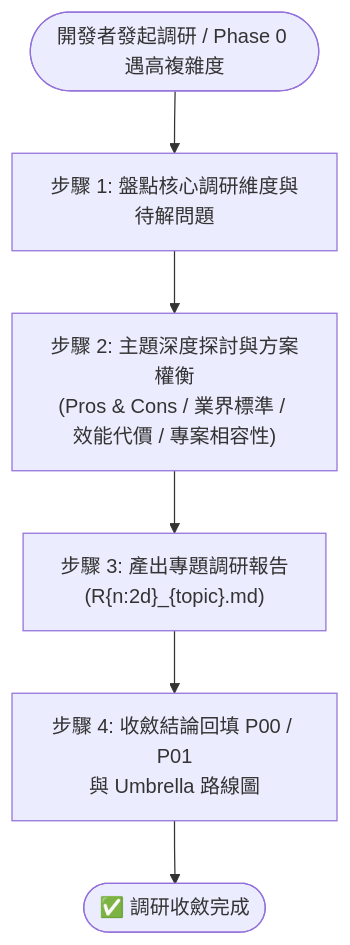
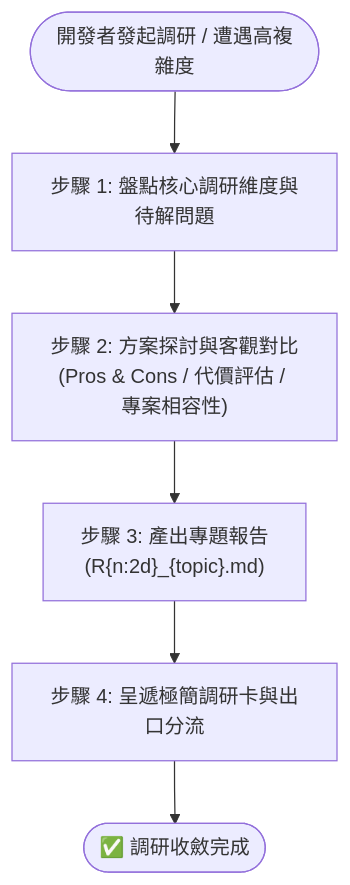
The diagram in ys_codebase/source/agents-workflow/assets/workflows/Research.md (ysnaive/ys-codebase), drawn with Mermaid before and after one commit. The commit also changed other lines of this file and 50 other files, not shown here.

````diff
--- a/ys_codebase/source/agents-workflow/assets/workflows/Research.md
+++ b/ys_codebase/source/agents-workflow/assets/workflows/Research.md
@@ -27,8 +20,8 @@
 ```mermaid
 flowchart TD
-    Start(["開發者發起調研 / Phase 0 遇高複雜度"]) --> Step1["步驟 1: 盤點核心調研維度與待解問題"]
-    Step1 --> Step2["步驟 2: 主題深度探討與方案權衡<br/>(Pros & Cons / 業界標準 / 效能代價 / 專案相容性)"]
-    Step2 --> Step3["步驟 3: 產出專題調研報告<br/>(R{n:2d}_{topic}.md)"]
-    Step3 --> Step4["步驟 4: 收斂結論回填 P00 / P01<br/>與 Umbrella 路線圖"]
+    Start(["開發者發起調研 / 遭遇高複雜度"]) --> Step1["步驟 1: 盤點核心調研維度與待解問題"]
+    Step1 --> Step2["步驟 2: 方案探討與客觀對比<br/>(Pros & Cons / 代價評估 / 專案相容性)"]
+    Step2 --> Step3["步驟 3: 產出專題報告<br/>(R{n:2d}_{topic}.md)"]
+    Step3 --> Step4["步驟 4: 呈遞極簡調研卡與出口分流"]
     Step4 --> Done(["✅ 調研收斂完成"])
 ```
````
